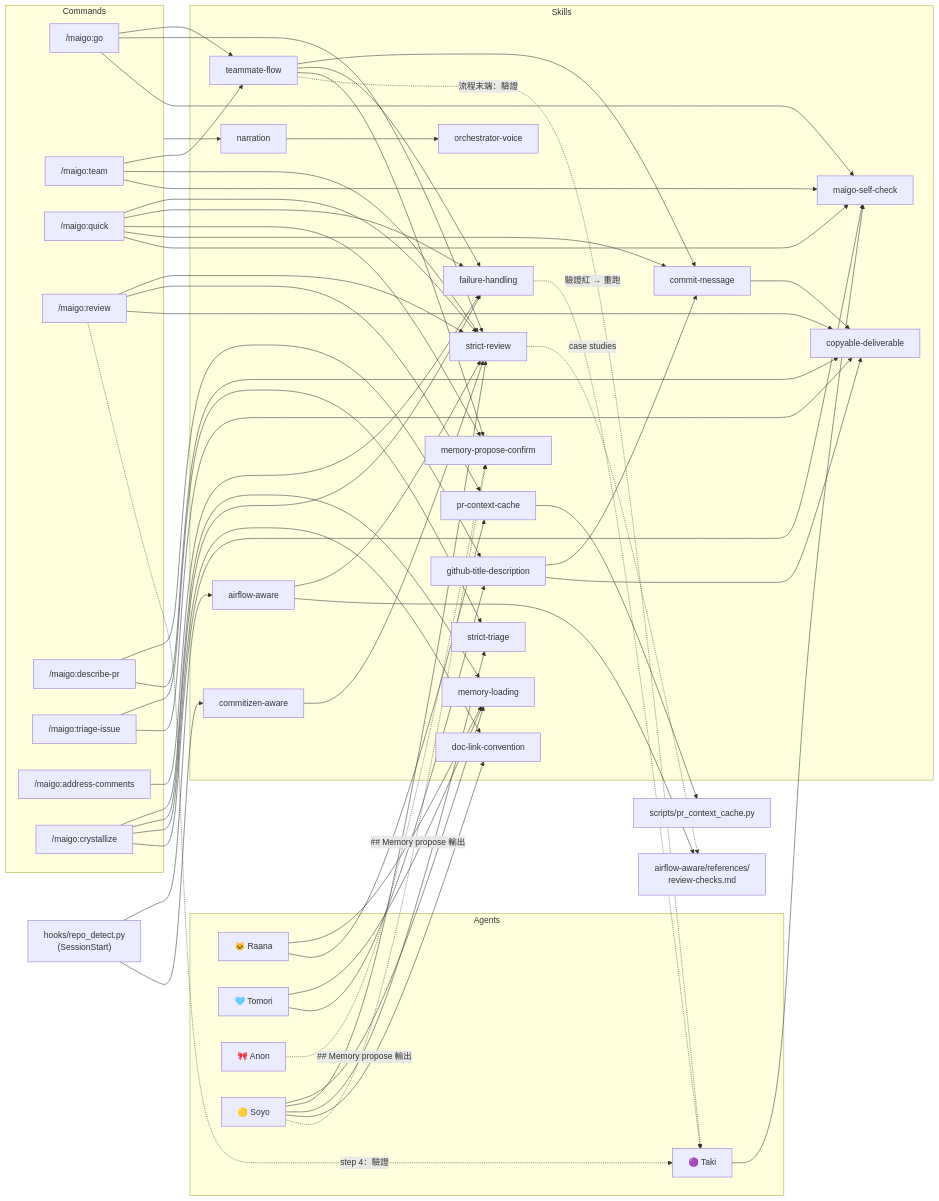
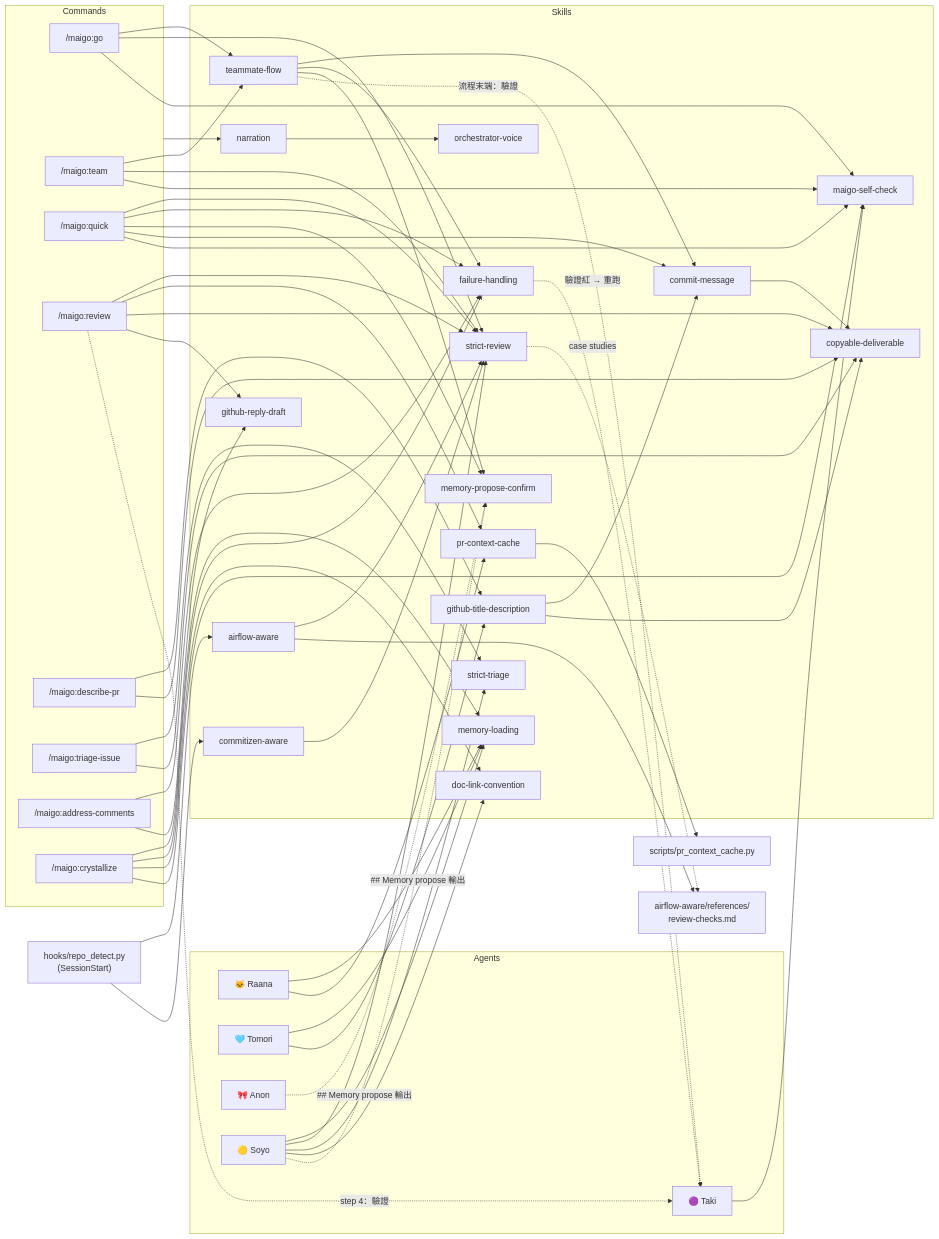
The diagram in docs/reference/skills.md (Lee-W/maigo), drawn with Mermaid before and after one commit. The commit also changed other lines of this file and 7 other files, not shown here.

First line of the commit message:
feat: add github-reply-draft skill and review-judgment refinements

```diff
--- a/docs/reference/skills.md
+++ b/docs/reference/skills.md
@@ -95,6 +96,7 @@
         airflow_aware["airflow-aware"]
         commitizen_aware["commitizen-aware"]
         maigo_self_check["maigo-self-check"]
+        github_reply_draft["github-reply-draft"]
     end
 
     airflow_refs["airflow-aware/references/<br/>review-checks.md"]
@@ -124,6 +126,8 @@
     triage --> strict_triage
     triage --> copyable
     address --> failure_handling
+    address --> github_reply_draft
+    review --> github_reply_draft
     crystallize --> memory_loading
     crystallize --> failure_handling
     crystallize --> doc_link
```
